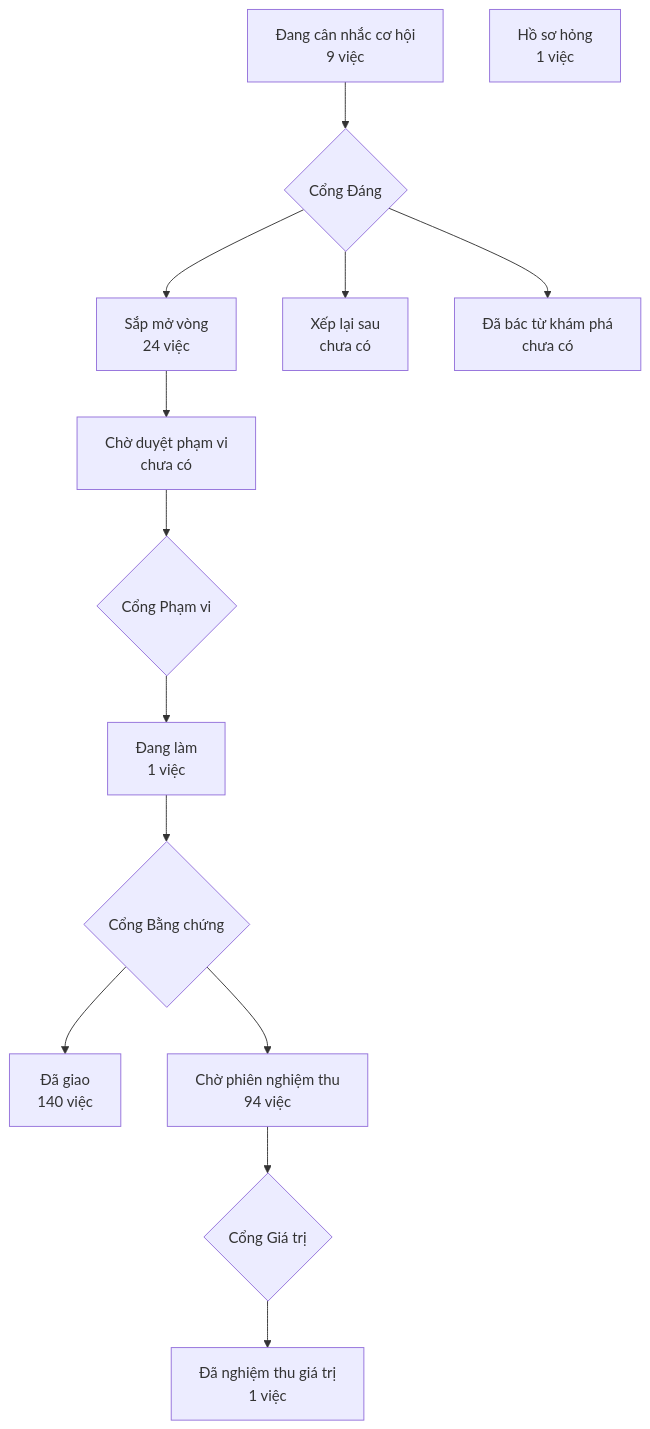
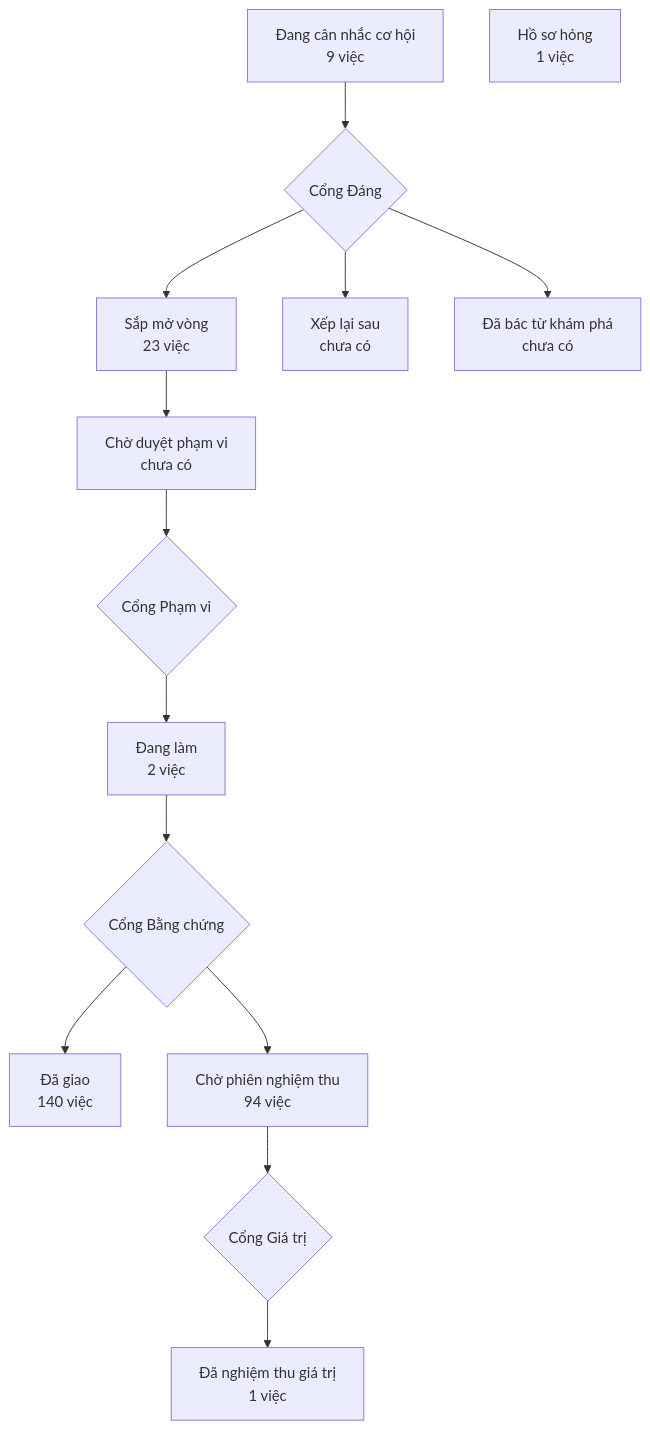
The diagram in PRODUCT-MAP.md (phanlemanh/crm-onehub), drawn with Mermaid before and after one commit. The commit also changed other lines of this file and 1 other file, not shown here.

Commit message:
chore: vẽ lại bản đồ sản phẩm trên cây sạch (L3)

````diff
--- a/PRODUCT-MAP.md
+++ b/PRODUCT-MAP.md
@@ -7,13 +7,13 @@
 ```mermaid
 flowchart TD
   A["Đang cân nhắc cơ hội<br/>9 việc"] --> GD{"Cổng Đáng"}
-  GD --> B["Sắp mở vòng<br/>24 việc"]
+  GD --> B["Sắp mở vòng<br/>23 việc"]
   GD --> XL["Xếp lại sau<br/>chưa có"]
   GD --> DB["Đã bác từ khám phá<br/>chưa có"]
   B --> CD["Chờ duyệt phạm vi<br/>chưa có"] --> GP{"Cổng Phạm vi"}
-  GP --> DL["Đang làm<br/>1 việc"] --> GB{"Cổng Bằng chứng"}
+  GP --> DL["Đang làm<br/>2 việc"] --> GB{"Cổng Bằng chứng"}
   GB --> DG["Đã giao<br/>140 việc"]
   GB --> CN["Chờ phiên nghiệm thu<br/>94 việc"] --> GG{"Cổng Giá trị"}
   GG --> NT["Đã nghiệm thu giá trị<br/>1 việc"]
   HS["Hồ sơ hỏng<br/>1 việc"]
 ```
````
